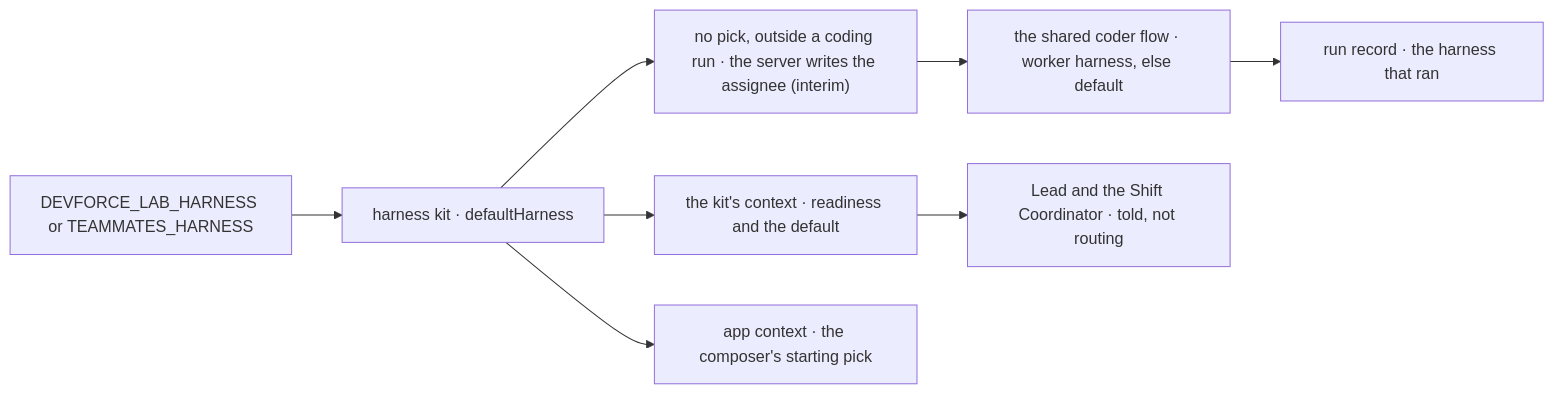
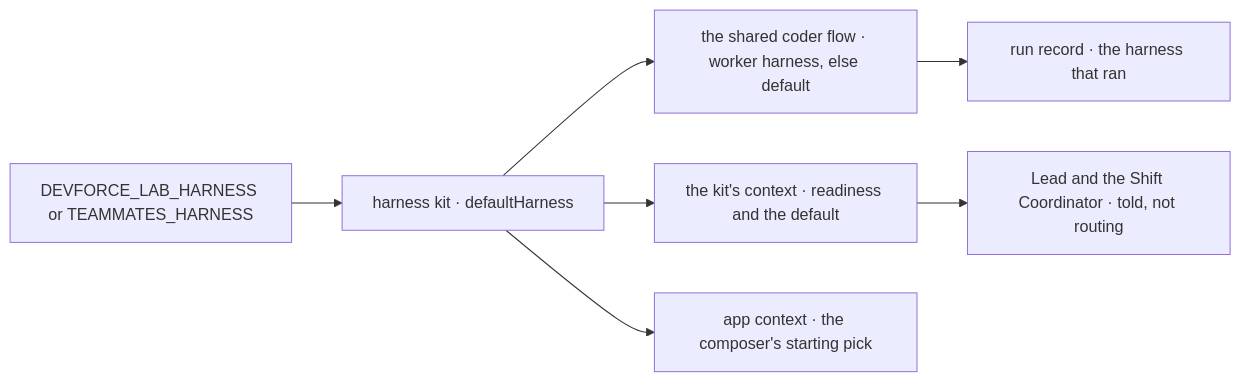
The second of 2 diagrams in specs/issues/FIX-2877/SPEC.md (fixpoint-labs/flow-state-dev), drawn with Mermaid before and after one commit. The commit also changed other lines of this file and 2 other files, not shown here.

````diff
--- a/specs/issues/FIX-2877/SPEC.md
+++ b/specs/issues/FIX-2877/SPEC.md
@@ -144,10 +159,9 @@
 ```mermaid
 flowchart LR
   E["DEVFORCE_LAB_HARNESS or TEAMMATES_HARNESS"] --> K["harness kit · defaultHarness"]
-  K --> W["no pick, outside a coding run · the server writes the assignee (interim)"]
-  W --> F["the shared coder flow · worker harness, else default"]
+  K --> F["the shared coder flow · worker harness, else default"]
   K --> X["the kit's context · readiness and the default"]
   X --> L["Lead and the Shift Coordinator · told, not routing"]
   K --> V["app context · the composer's starting pick"]
   F --> R["run record · the harness that ran"]
 ```
````
